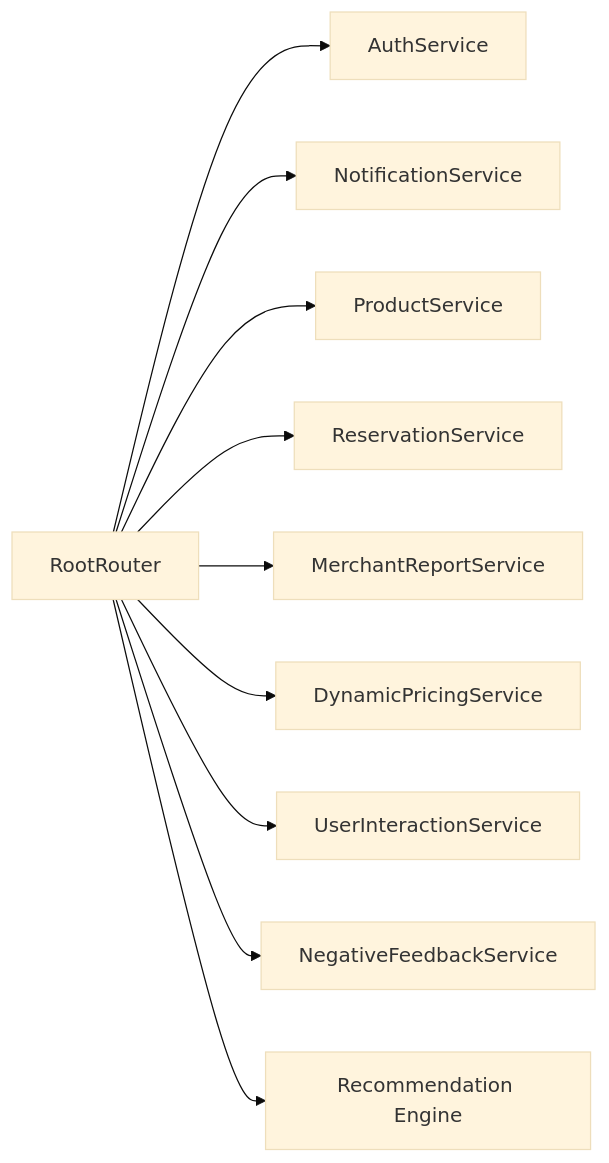
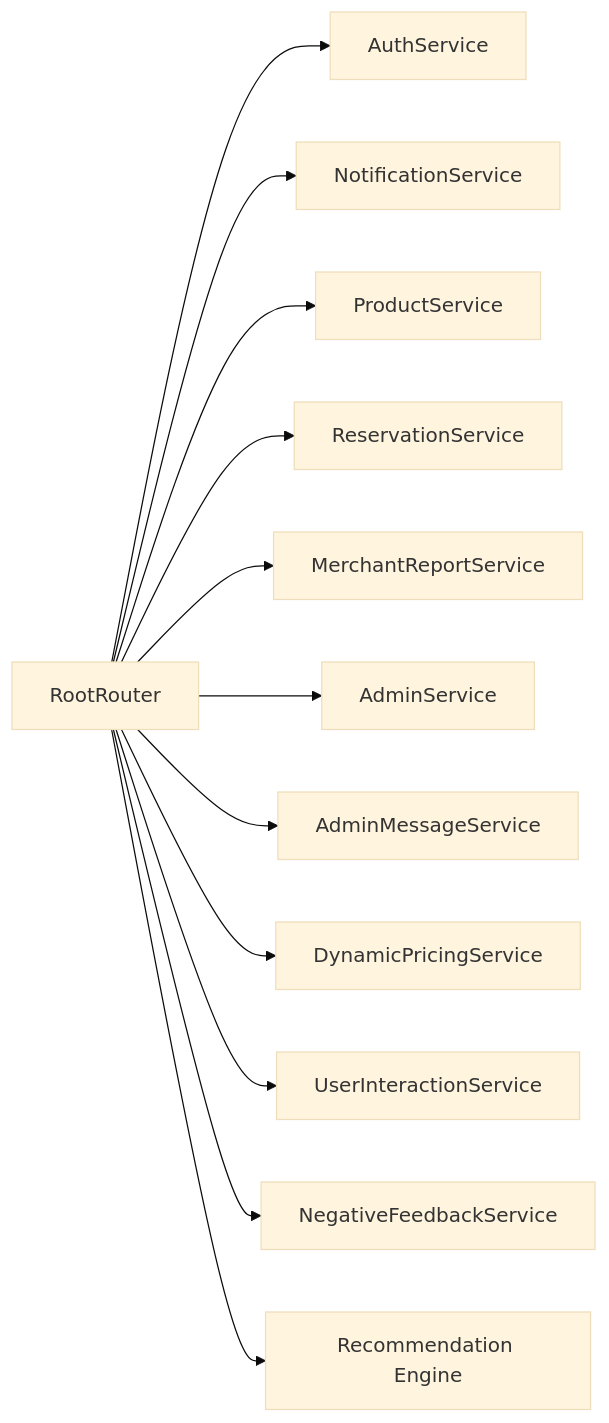
One commit to Admgt/nearpick changed the first of 2 diagrams in docs/02_architecture/c4_component.md. Above: the diagram before and after it, drawn with Mermaid (base theme). The commit also changed other lines of this file and 36 other files, not shown here.

````diff
--- a/docs/02_architecture/c4_component.md
+++ b/docs/02_architecture/c4_component.md
@@ -5,23 +5,27 @@
 ```mermaid
 flowchart LR
     root[RootRouter]
     auth[AuthService]
     prod[ProductService]
     resv[ReservationService]
     notif[NotificationService]
     report[MerchantReportService]
+    adminSvc[AdminService]
+    adminMsg[AdminMessageService]
     pricing[DynamicPricingService]
     inter[UserInteractionService]
     neg[NegativeFeedbackService]
     reco[Recommendation Engine]
 
     root --> auth
     root --> notif
     root --> prod
     root --> resv
     root --> report
+    root --> adminSvc
+    root --> adminMsg
     root --> pricing
     root --> inter
     root --> neg
     root --> reco
 ```
````
